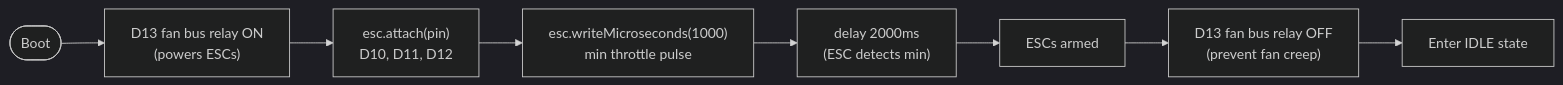
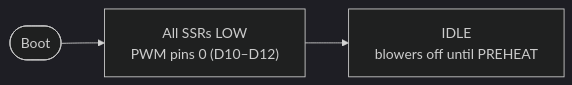
The fourth of 4 diagrams in docs/FLOWCHART.md (qppd/umbrella-dryer-v2), drawn with Mermaid (dark theme) before and after one commit. The commit also changed other lines of this file and 11 other files, not shown here.

````diff
--- a/docs/FLOWCHART.md
+++ b/docs/FLOWCHART.md
@@ -84,10 +84,5 @@
 ```mermaid
 flowchart LR
-    BOOT([Boot]) --> BUS_ON["D13 fan bus relay ON<br/>(powers ESCs)"]
-    BUS_ON --> ATTACH["esc.attach(pin)<br/>D10, D11, D12"]
-    ATTACH --> ZERO["esc.writeMicroseconds(1000)<br/>min throttle pulse"]
-    ZERO --> WAIT["delay 2000ms<br/>(ESC detects min)"]
-    WAIT --> READY["ESCs armed"]
-    READY --> BUS_OFF["D13 fan bus relay OFF<br/>(prevent fan creep)"]
-    BUS_OFF --> IDLE["Enter IDLE state"]
+    BOOT([Boot]) --> SAFE["All SSRs LOW<br/>PWM pins 0 (D10–D12)"]
+    SAFE --> IDLE["IDLE<br/>blowers off until PREHEAT"]
 ```
````
